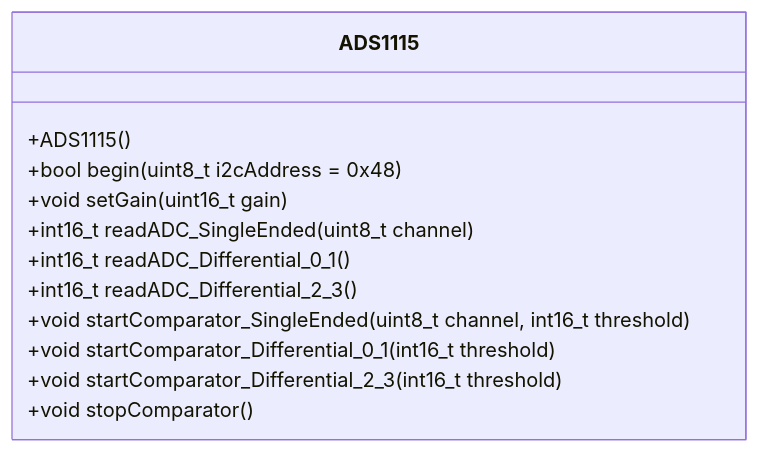
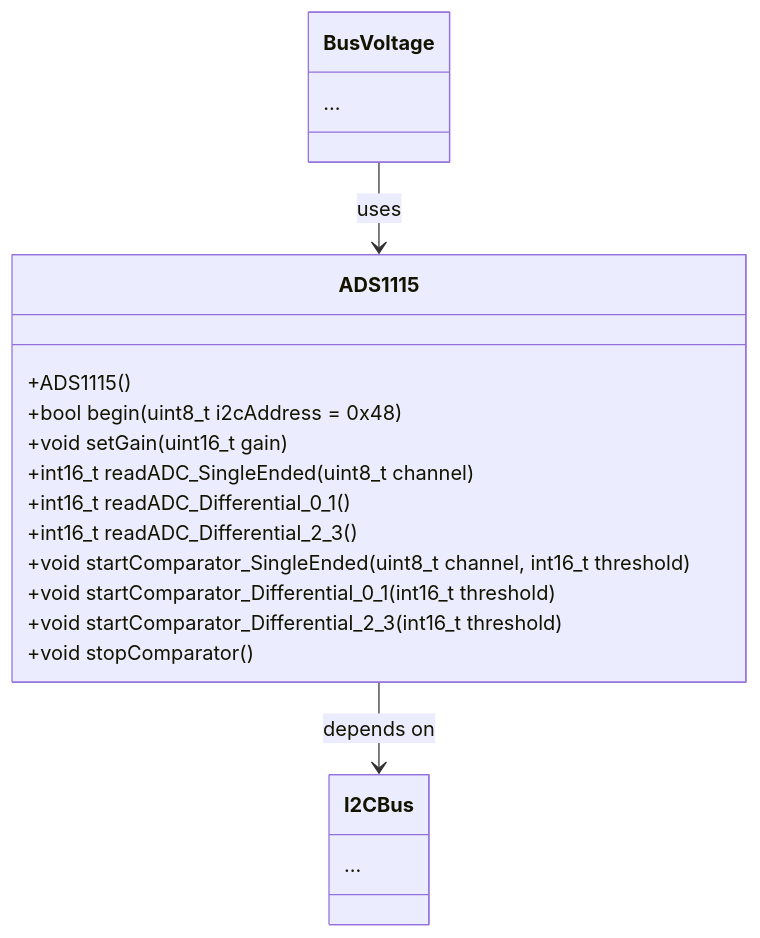
The third of 4 diagrams in solar_panel/Documents/AppNotes/BusVoltage.md (hquiroz-1988/esp), drawn with Mermaid before and after one commit. The commit also changed other lines of this file, not shown here.

Commit message:
- updating bus voltage application note

````diff
--- a/solar_panel/Documents/AppNotes/BusVoltage.md
+++ b/solar_panel/Documents/AppNotes/BusVoltage.md
@@ -55,15 +72,23 @@
 ```mermaid
 classDiagram
+    class BusVoltage {
+        ...
+    }
     class ADS1115 {
         +ADS1115()
         +bool begin(uint8_t i2cAddress = 0x48)
         +void setGain(uint16_t gain)
         +int16_t readADC_SingleEnded(uint8_t channel)
         +int16_t readADC_Differential_0_1()
         +int16_t readADC_Differential_2_3()
         +void startComparator_SingleEnded(uint8_t channel, int16_t threshold)
         +void startComparator_Differential_0_1(int16_t threshold)
         +void startComparator_Differential_2_3(int16_t threshold)
         +void stopComparator()
     }
+    class I2CBus {
+        ...
+    }
+    BusVoltage --> ADS1115 : uses
+    ADS1115 --> I2CBus : depends on
 ```
````
